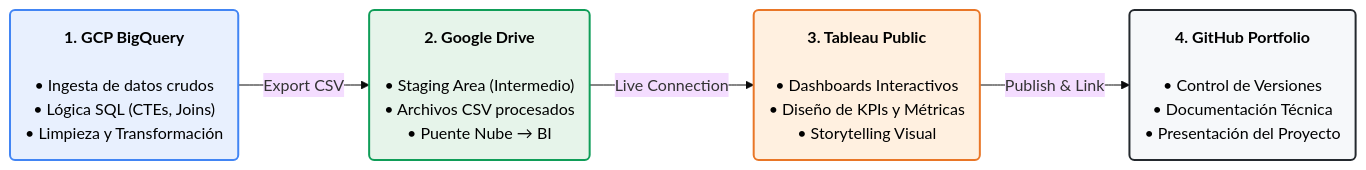
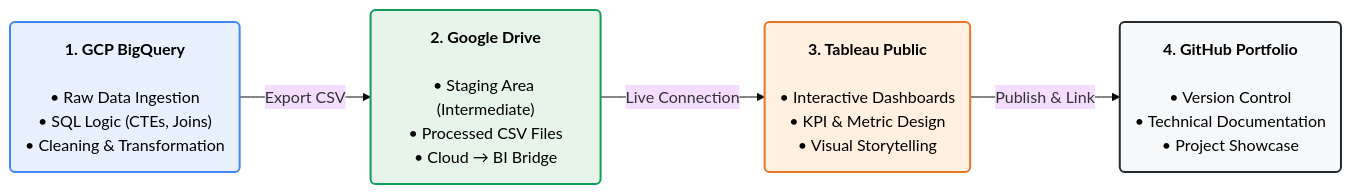
One commit to OscarTMa/Portfolio-SQL changed the diagram in README.md. Above: the diagram before and after it, drawn with Mermaid (base theme). The commit also changed other lines of this file, not shown here.

````diff
--- a/README.md
+++ b/README.md
@@ -65,24 +40,24 @@
-```mermaid 
+```mermaid
 graph LR
-    %% ESTILOS (Colores de marca)
+    %% STYLES (Brand Colors)
     classDef gcp fill:#e8f0fe,stroke:#4285f4,stroke-width:2px,color:#000;
     classDef drive fill:#e6f4ea,stroke:#0f9d58,stroke-width:2px,color:#000;
     classDef tableau fill:#fff0e0,stroke:#e97627,stroke-width:2px,color:#000;
     classDef github fill:#f6f8fa,stroke:#24292e,stroke-width:2px,color:#000;
 
-    %% NODOS PRINCIPALES
-    %% Usamos <br> para los saltos de línea dentro de la misma caja
+    %% MAIN NODES
+    %% Using <br> for line breaks inside the quotes
     
-    N1("<b>1. GCP BigQuery</b><br><br>• Ingesta de datos crudos<br>• Lógica SQL (CTEs, Joins)<br>• Limpieza y Transformación"):::gcp
+    N1("<b>1. GCP BigQuery</b><br><br>• Raw Data Ingestion<br>• SQL Logic (CTEs, Joins)<br>• Cleaning & Transformation"):::gcp
     
-    N2("<b>2. Google Drive</b><br><br>• Staging Area (Intermedio)<br>• Archivos CSV procesados<br>• Puente Nube → BI"):::drive
+    N2("<b>2. Google Drive</b><br><br>• Staging Area (Intermediate)<br>• Processed CSV Files<br>• Cloud → BI Bridge"):::drive
     
-    N3("<b>3. Tableau Public</b><br><br>• Dashboards Interactivos<br>• Diseño de KPIs y Métricas<br>• Storytelling Visual"):::tableau
+    N3("<b>3. Tableau Public</b><br><br>• Interactive Dashboards<br>• KPI & Metric Design<br>• Visual Storytelling"):::tableau
     
-    N4("<b>4. GitHub Portfolio</b><br><br>• Control de Versiones<br>• Documentación Técnica<br>• Presentación del Proyecto"):::github
+    N4("<b>4. GitHub Portfolio</b><br><br>• Version Control<br>• Technical Documentation<br>• Project Showcase"):::github
 
-    %% CONEXIONES
+    %% CONNECTIONS
     N1 -->|Export CSV| N2
     N2 -->|Live Connection| N3
     N3 -->|Publish & Link| N4
 ```
````
